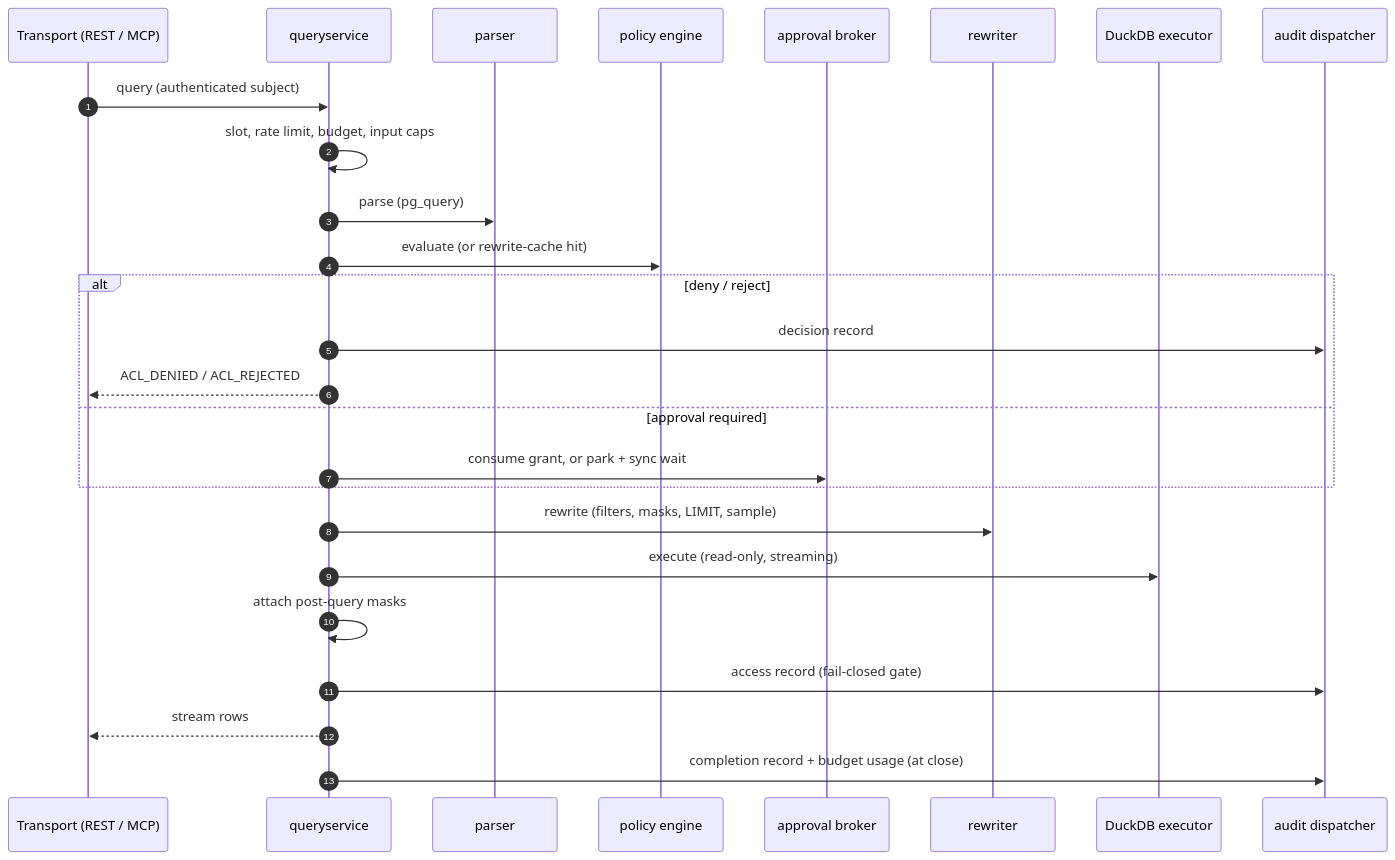
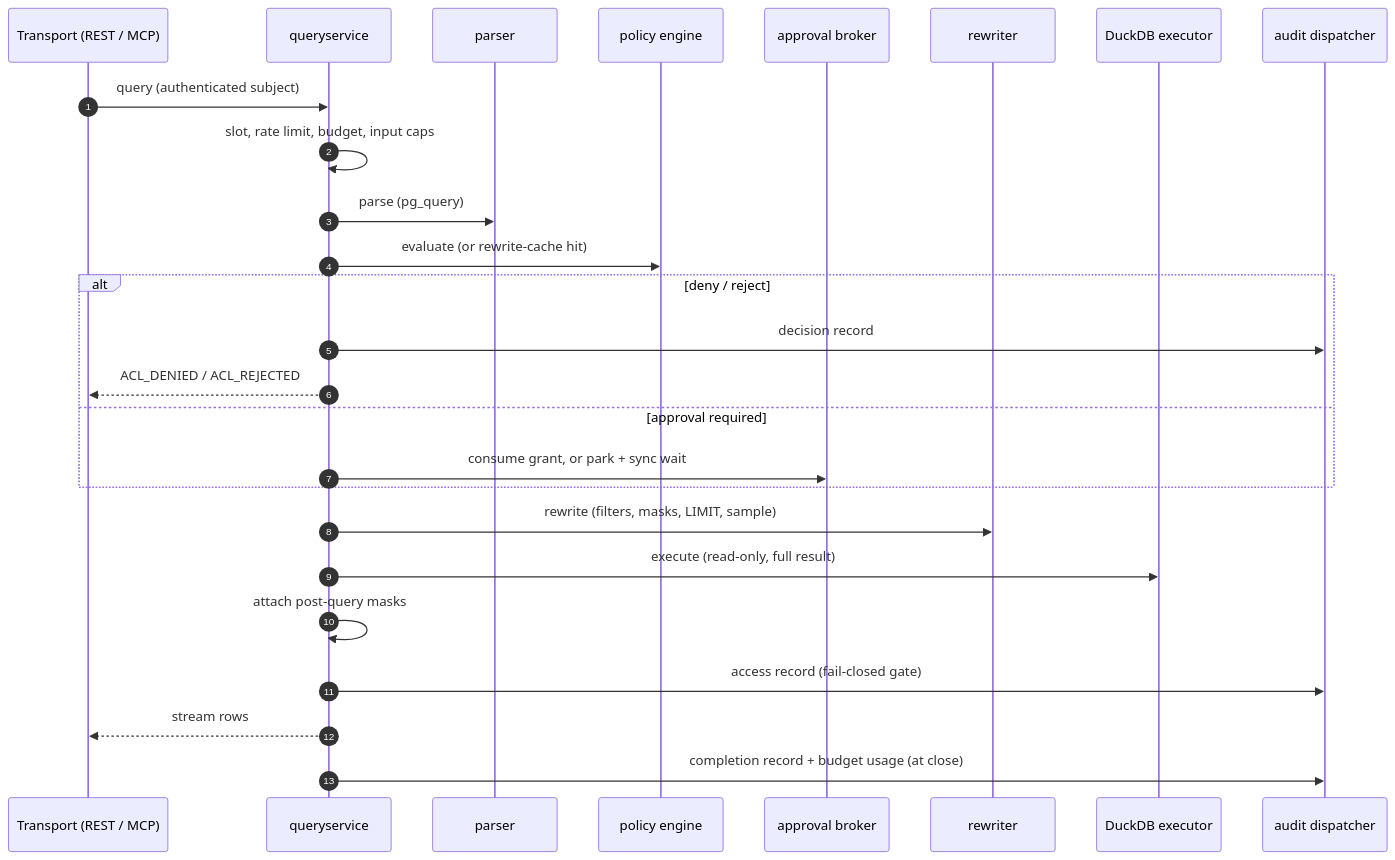
Before and after one commit to bino-bi/sluice: the diagram in docs/architecture/request-lifecycle.md, drawn with Mermaid. The commit also changed other lines of this file and 50 other files, not shown here.

````diff
--- a/docs/architecture/request-lifecycle.md
+++ b/docs/architecture/request-lifecycle.md
@@ -7,28 +7,28 @@
 ```mermaid
 sequenceDiagram
     autonumber
     participant T as Transport (REST / MCP)
     participant S as queryservice
     participant P as parser
     participant E as policy engine
     participant B as approval broker
     participant R as rewriter
     participant D as DuckDB executor
     participant A as audit dispatcher
     T->>S: query (authenticated subject)
     S->>S: slot, rate limit, budget, input caps
     S->>P: parse (pg_query)
     S->>E: evaluate (or rewrite-cache hit)
     alt deny / reject
         S->>A: decision record
         S-->>T: ACL_DENIED / ACL_REJECTED
     else approval required
         S->>B: consume grant, or park + sync wait
     end
     S->>R: rewrite (filters, masks, LIMIT, sample)
-    S->>D: execute (read-only, streaming)
+    S->>D: execute (read-only, full result)
     S->>S: attach post-query masks
     S->>A: access record (fail-closed gate)
     S-->>T: stream rows
     S->>A: completion record + budget usage (at close)
 ```
````
